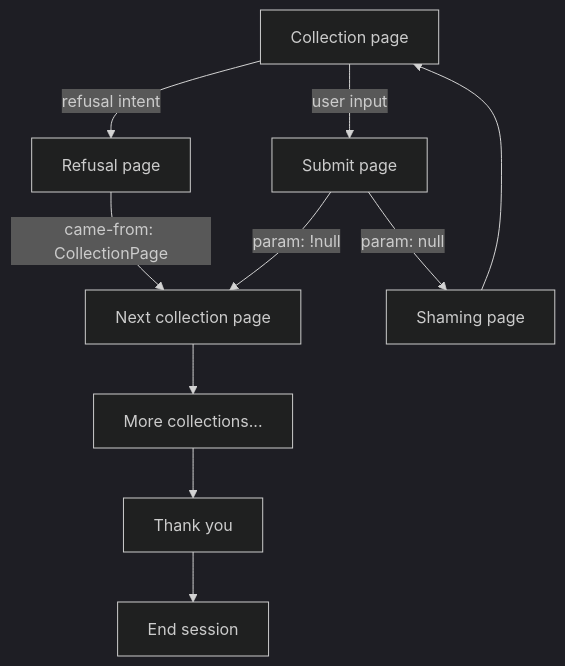
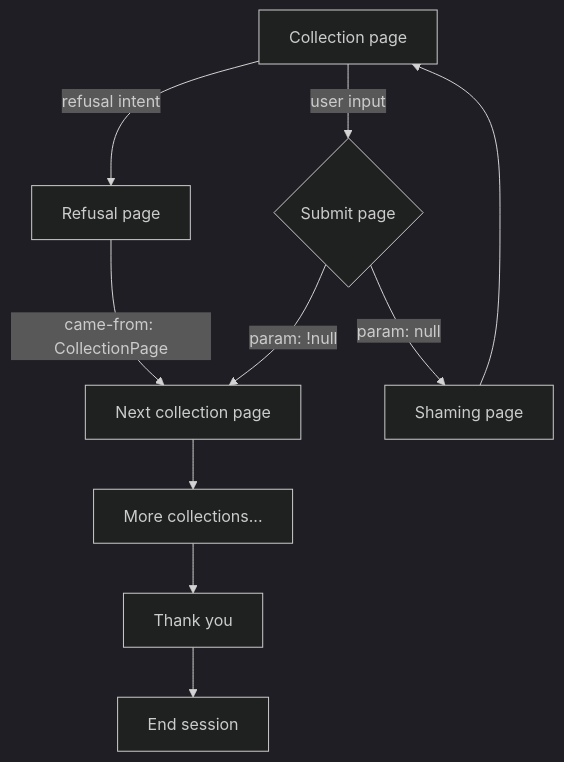
The third of 3 diagrams in docs/conv-agent.md (rchDev/game-of-points), drawn with Mermaid (dark theme) before and after one commit.

````diff
--- a/docs/conv-agent.md
+++ b/docs/conv-agent.md
@@ -119,21 +119,21 @@
 ```mermaid
 graph TD
     CollectionPage["Collection page"]
-    SubmitPage["Submit page"]
+    SubmitPage{"Submit page"}
     RefusalPage["Refusal page"]
     NextCollectionPage["Next collection page"]
     ShamingPage["Shaming page"]
     MoreCollection["More collections..."]
     ThankYou["Thank you"]
     SessionEnd["End session"]
 
     CollectionPage -->|"user input"| SubmitPage
     CollectionPage -->|"refusal intent"| RefusalPage
     RefusalPage -->|"came-from: CollectionPage"| NextCollectionPage
     SubmitPage -->|"param: !null"| NextCollectionPage
     SubmitPage -->|"param: null"| ShamingPage
     ShamingPage --> CollectionPage
     NextCollectionPage --> MoreCollection
     MoreCollection --> ThankYou
     ThankYou --> SessionEnd
 ```
````
